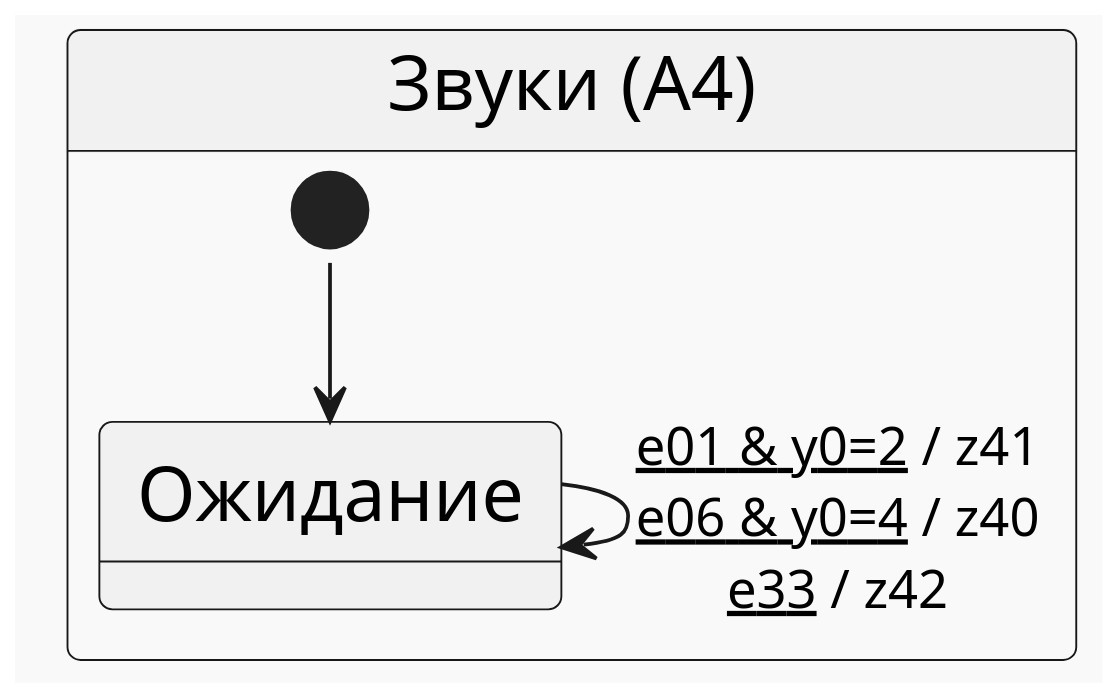
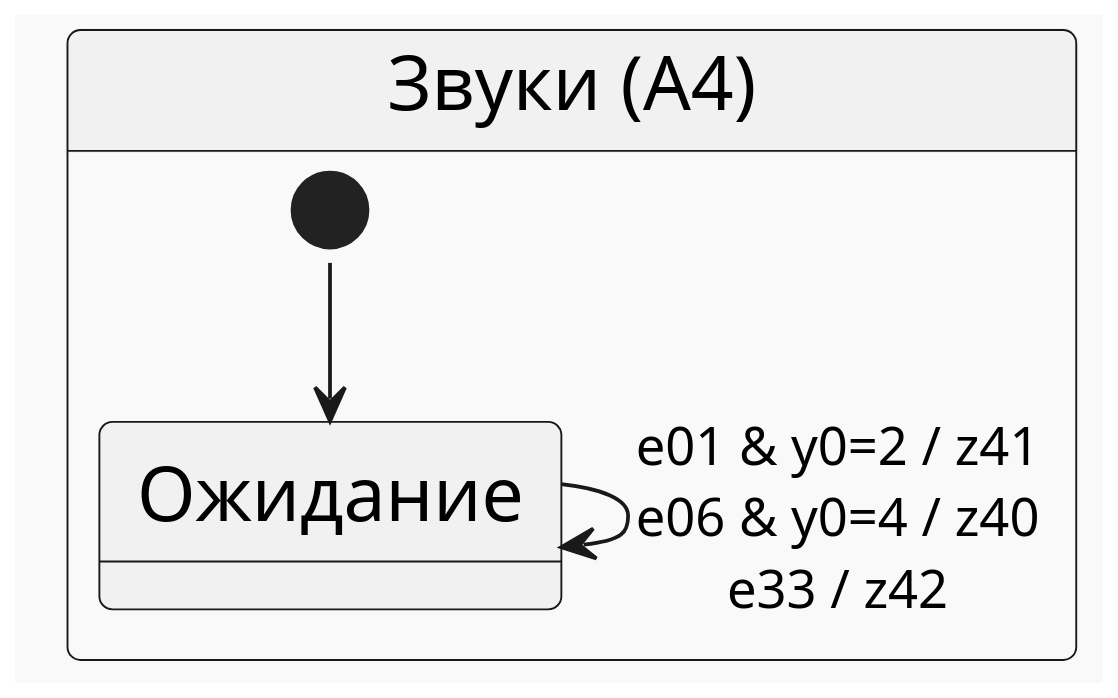
Before and after one commit to PhoenixNazarov/fsm-multiply: the diagram in articles/multiply_many_nested/review/fig5_a4_loop.puml, drawn with PlantUML. The commit also changed 5 other files, not shown here.

First line of the commit message:
Fig. 5: drop underlining, separate condition and action with a slash

```diff
--- a/articles/multiply_many_nested/review/fig5_a4_loop.puml
+++ b/articles/multiply_many_nested/review/fig5_a4_loop.puml
@@ -1,12 +1,12 @@
 @startuml
 !pragma layout smetana
 !theme mars
 skinparam stateFontSize 20
 skinparam arrowFontSize 14
 skinparam dpi 240
 state "Звуки (A4)" as A4 {
     [*] --> A40
     state "Ожидание" as A40
-    A40 --> A40 : <u>e01 & y0=2</u> / z41\n<u>e06 & y0=4</u> / z40\n<u>e33</u> / z42
+    A40 --> A40 : e01 & y0=2 / z41\ne06 & y0=4 / z40\ne33 / z42
 }
 @enduml
```
